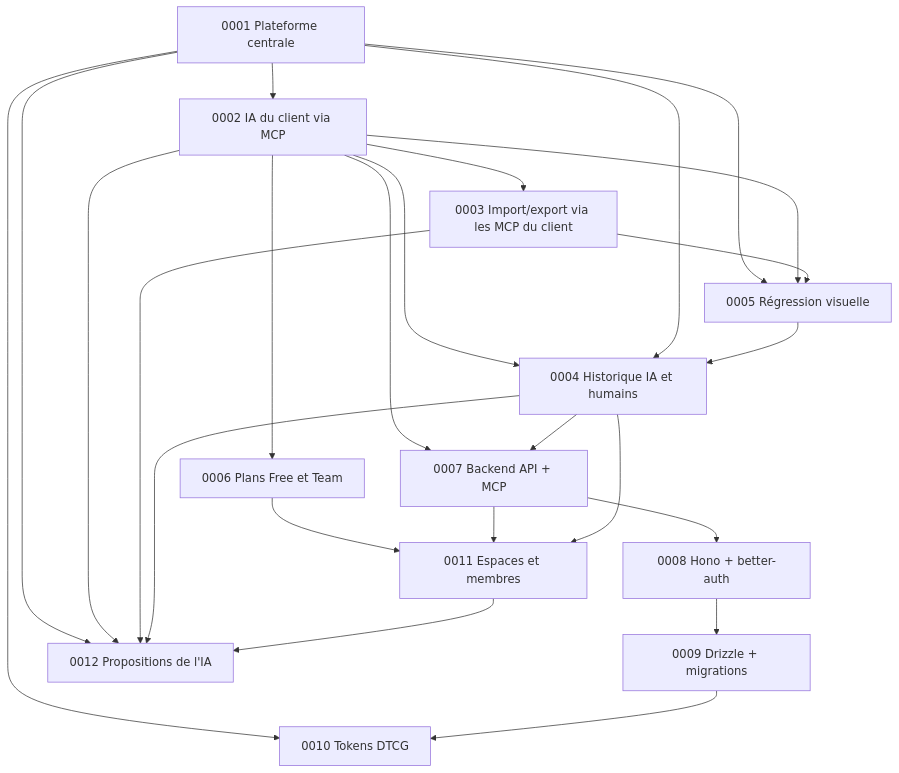
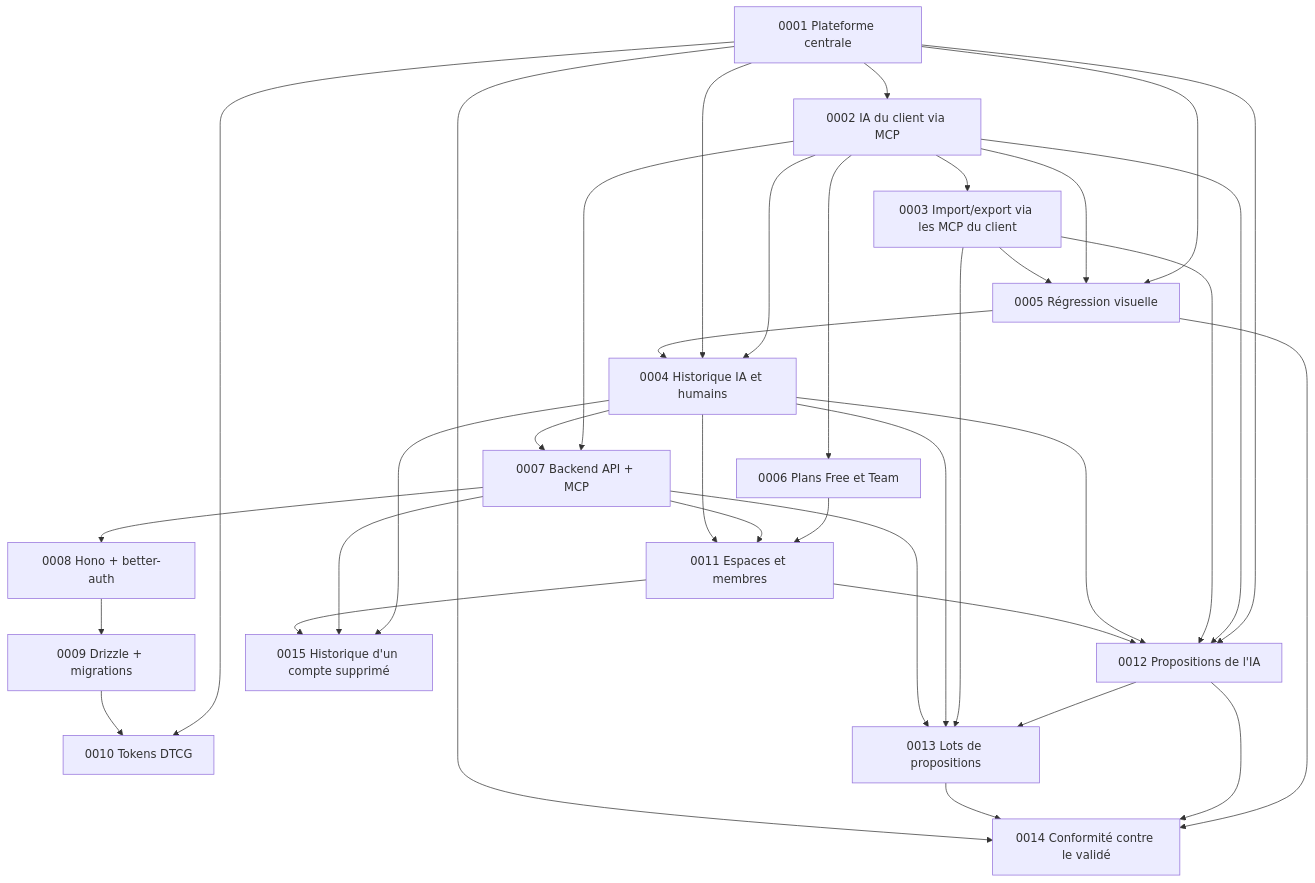
The diagram in docs/adr/README.md (Muhammed21/dezyn), drawn with Mermaid before and after one commit. The commit also changed other lines of this file and 8 other files, not shown here.

Commit message:
docs(adr): ajoute les ADR 0013 (lots), 0014 (conformité) et 0015 (comptes supprimés)

````diff
--- a/docs/adr/README.md
+++ b/docs/adr/README.md
@@ -24,26 +27,37 @@
 ```mermaid
 graph TD
   0001[0001 Plateforme centrale] --> 0002[0002 IA du client via MCP]
   0002 --> 0003[0003 Import/export via les MCP du client]
   0002 --> 0004[0004 Historique IA et humains]
   0001 --> 0004
   0001 --> 0005[0005 Régression visuelle]
   0002 --> 0005
   0003 --> 0005
   0005 --> 0004
   0002 --> 0006[0006 Plans Free et Team]
   0002 --> 0007[0007 Backend API + MCP]
   0004 --> 0007
   0007 --> 0008[0008 Hono + better-auth]
   0008 --> 0009[0009 Drizzle + migrations]
   0001 --> 0010[0010 Tokens DTCG]
   0009 --> 0010
   0006 --> 0011[0011 Espaces et membres]
   0007 --> 0011
   0004 --> 0011
   0001 --> 0012[0012 Propositions de l'IA]
   0002 --> 0012
   0003 --> 0012
   0004 --> 0012
   0011 --> 0012
+  0012 --> 0013[0013 Lots de propositions]
+  0003 --> 0013
+  0004 --> 0013
+  0007 --> 0013
+  0005 --> 0014[0014 Conformité contre le validé]
+  0012 --> 0014
+  0013 --> 0014
+  0001 --> 0014
+  0004 --> 0015[0015 Historique d'un compte supprimé]
+  0007 --> 0015
+  0011 --> 0015
 ```
````
